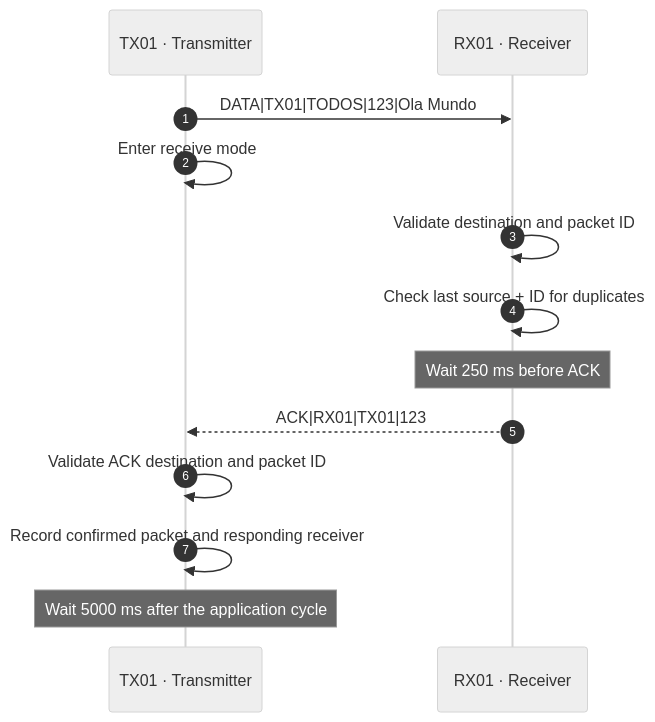
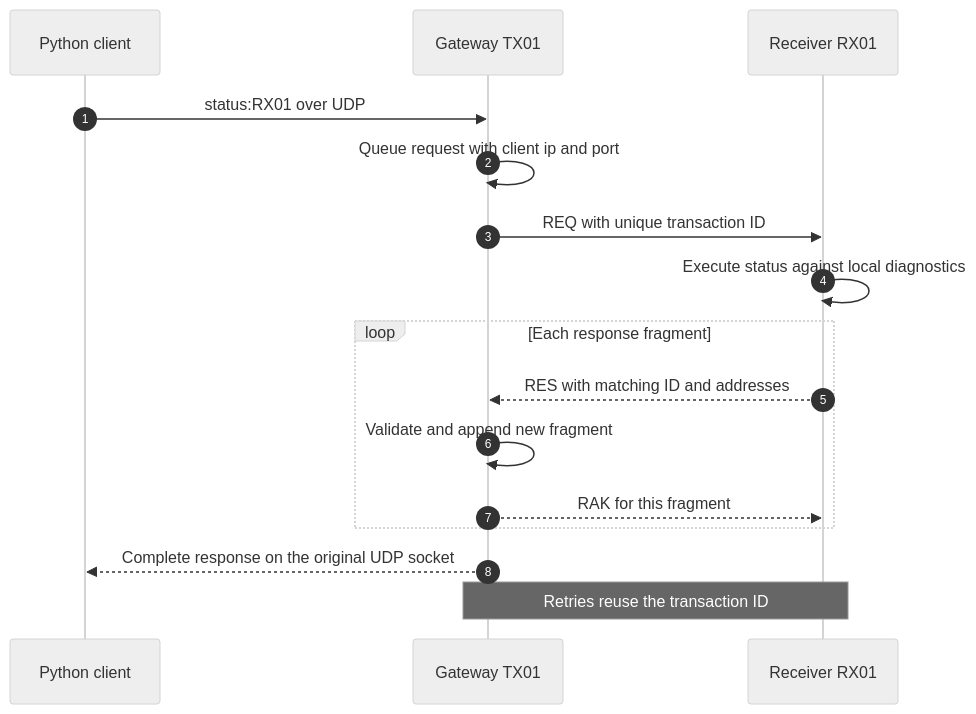
Before and after one commit to paulocfmarques-collab/ESP32Lora: the second of 8 diagrams in README.md, drawn with Mermaid (neutral theme). The commit also changed other lines of this file and 61 other files, not shown here.

````diff
--- a/README.md
+++ b/README.md
@@ -214,15 +182,18 @@
 ```mermaid
 sequenceDiagram
     autonumber
-    participant TX as TX01 · Transmitter
-    participant RX as RX01 · Receiver
-    TX->>RX: DATA|TX01|TODOS|123|Ola Mundo
-    TX->>TX: Enter receive mode
-    RX->>RX: Validate destination and packet ID
-    RX->>RX: Check last source + ID for duplicates
-    Note over RX: Wait 250 ms before ACK
-    RX-->>TX: ACK|RX01|TX01|123
-    TX->>TX: Validate ACK destination and packet ID
-    TX->>TX: Record confirmed packet and responding receiver
-    Note over TX: Wait 5000 ms after the application cycle
+    participant C as Python client
+    participant G as Gateway TX01
+    participant R as Receiver RX01
+    C->>G: status:RX01 over UDP
+    G->>G: Queue request with client ip and port
+    G->>R: REQ with unique transaction ID
+    R->>R: Execute status against local diagnostics
+    loop Each response fragment
+        R-->>G: RES with matching ID and addresses
+        G->>G: Validate and append new fragment
+        G-->>R: RAK for this fragment
+    end
+    G-->>C: Complete response on the original UDP socket
+    Note over G,R: Retries reuse the transaction ID
 ```
````
